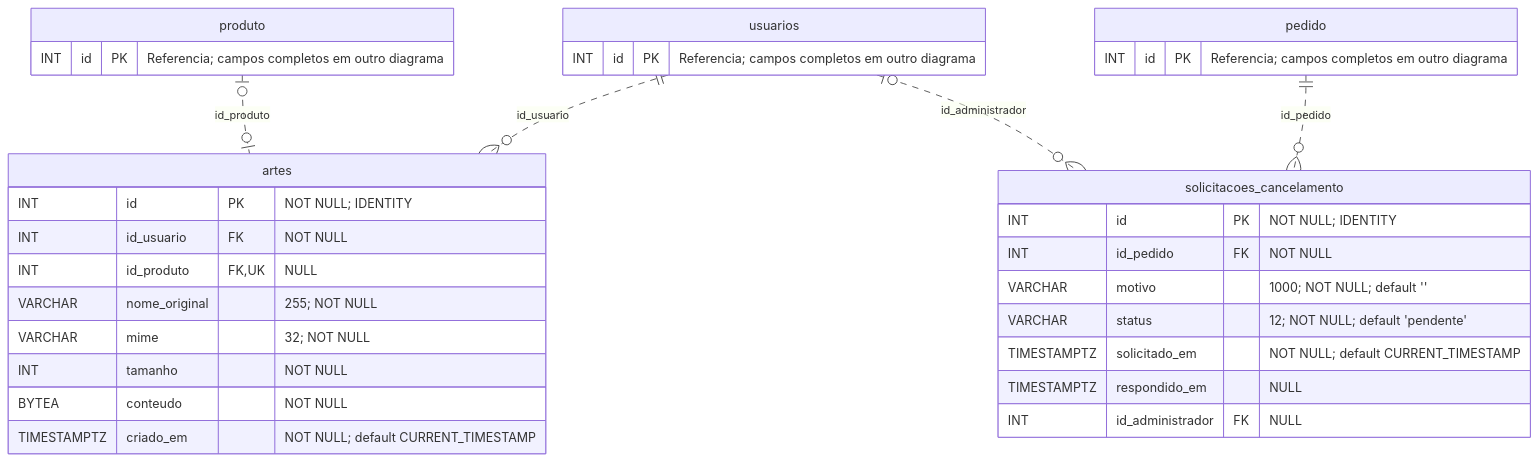
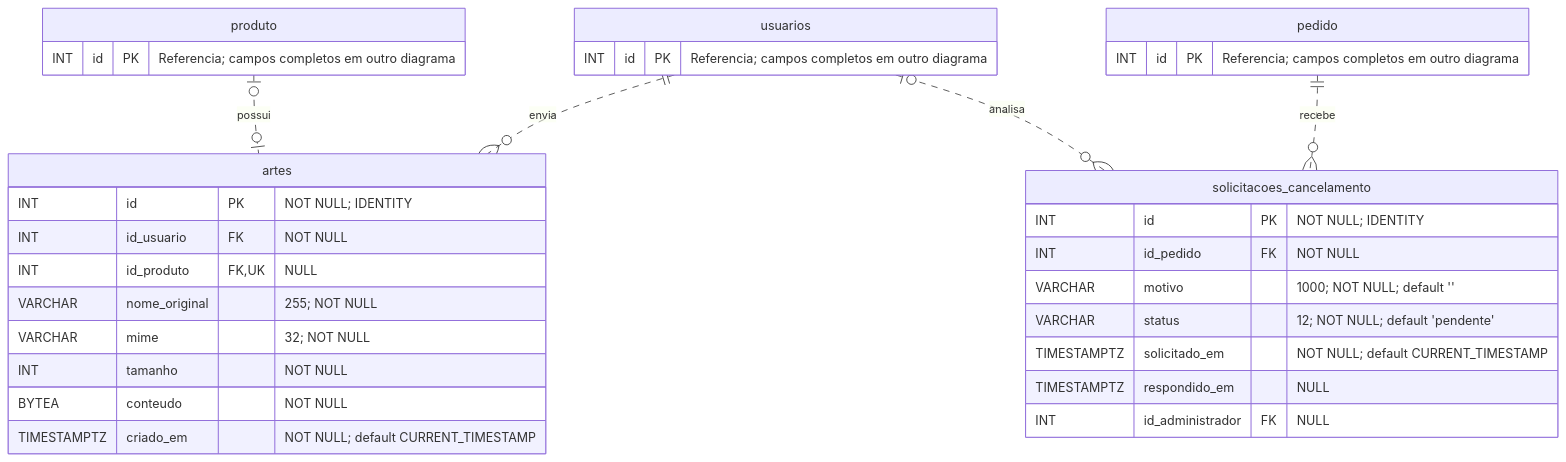
The third of 3 diagrams in docs/banco-de-dados.md (androidkkn/ProjetoFinal-ArtUP), drawn with Mermaid before and after one commit. The commit also changed other lines of this file and 1 other file, not shown here.

````diff
--- a/docs/banco-de-dados.md
+++ b/docs/banco-de-dados.md
@@ -120,36 +119,36 @@
 ```mermaid
 erDiagram
-    usuarios ||..o{ artes : "id_usuario"
-    produto o|..o| artes : "id_produto"
-    pedido ||..o{ solicitacoes_cancelamento : "id_pedido"
-    usuarios o|..o{ solicitacoes_cancelamento : "id_administrador"
+    usuarios ||..o{ artes : "envia"
+    produto o|..o| artes : "possui"
+    pedido ||..o{ solicitacoes_cancelamento : "recebe"
+    usuarios o|..o{ solicitacoes_cancelamento : "analisa"
 
     usuarios {
         INT id PK "Referencia; campos completos em outro diagrama"
     }
     produto {
         INT id PK "Referencia; campos completos em outro diagrama"
     }
     pedido {
         INT id PK "Referencia; campos completos em outro diagrama"
     }
     artes {
         INT id PK "NOT NULL; IDENTITY"
         INT id_usuario FK "NOT NULL"
         INT id_produto FK, UK "NULL"
         VARCHAR nome_original "255; NOT NULL"
         VARCHAR mime "32; NOT NULL"
         INT tamanho "NOT NULL"
         BYTEA conteudo "NOT NULL"
         TIMESTAMPTZ criado_em "NOT NULL; default CURRENT_TIMESTAMP"
     }
     solicitacoes_cancelamento {
         INT id PK "NOT NULL; IDENTITY"
         INT id_pedido FK "NOT NULL"
         VARCHAR motivo "1000; NOT NULL; default ''"
         VARCHAR status "12; NOT NULL; default 'pendente'"
         TIMESTAMPTZ solicitado_em "NOT NULL; default CURRENT_TIMESTAMP"
         TIMESTAMPTZ respondido_em "NULL"
         INT id_administrador FK "NULL"
     }
 ```
````
